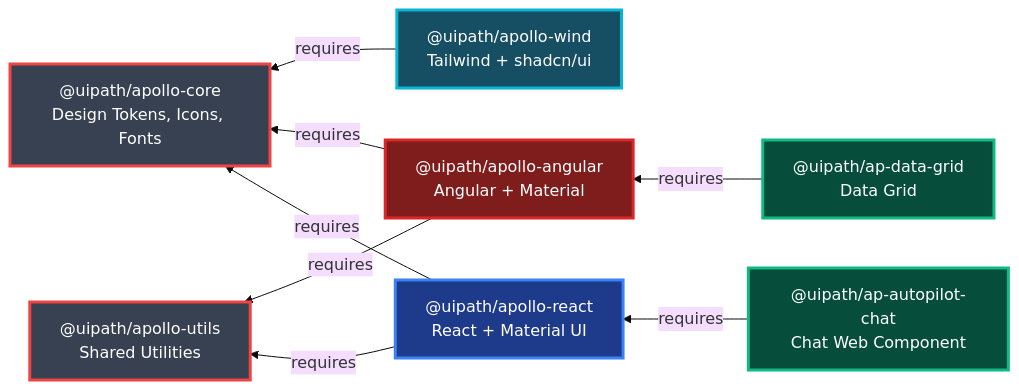
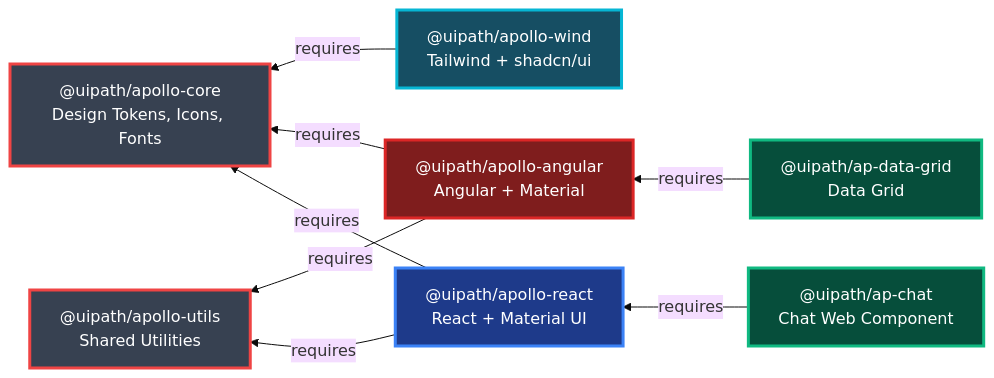
One commit to UiPath/apollo-ui changed the diagram in README.md. Above: the diagram before and after it, drawn with Mermaid (base theme). The commit also changed other lines of this file and 15 other files, not shown here.

Commit message:
feat(ap-chat): rename ap-autopilot-chat to ap-chat

````diff
--- a/README.md
+++ b/README.md
@@ -22,19 +22,19 @@
 ```mermaid
 graph RL
     React["@uipath/apollo-react<br/>React + Material UI"] -->|requires| Core["@uipath/apollo-core<br/>Design Tokens, Icons, Fonts"]
     Angular["@uipath/apollo-angular<br/>Angular + Material"] -->|requires| Core
     Wind["@uipath/apollo-wind<br/>Tailwind + shadcn/ui"] -->|requires| Core
-    Chat["@uipath/ap-autopilot-chat<br/>Chat Web Component"] -->|requires| React
+    Chat["@uipath/ap-chat<br/>Chat Web Component"] -->|requires| React
     Grid["@uipath/ap-data-grid<br/>Data Grid"] -->|requires| Angular
 
     React -->|requires| Utils["@uipath/apollo-utils<br/>Shared Utilities"]
     Angular -->|requires| Utils
 
     style Core fill:#374151,stroke:#ef4444,stroke-width:3px,color:#fff
     style Utils fill:#374151,stroke:#ef4444,stroke-width:3px,color:#fff
     style React fill:#1e3a8a,stroke:#3b82f6,stroke-width:3px,color:#fff
     style Angular fill:#7f1d1d,stroke:#dc2626,stroke-width:3px,color:#fff
     style Wind fill:#164e63,stroke:#06b6d4,stroke-width:3px,color:#fff
     style Chat fill:#064e3b,stroke:#10b981,stroke-width:3px,color:#fff
     style Grid fill:#064e3b,stroke:#10b981,stroke-width:3px,color:#fff
 ```
````
